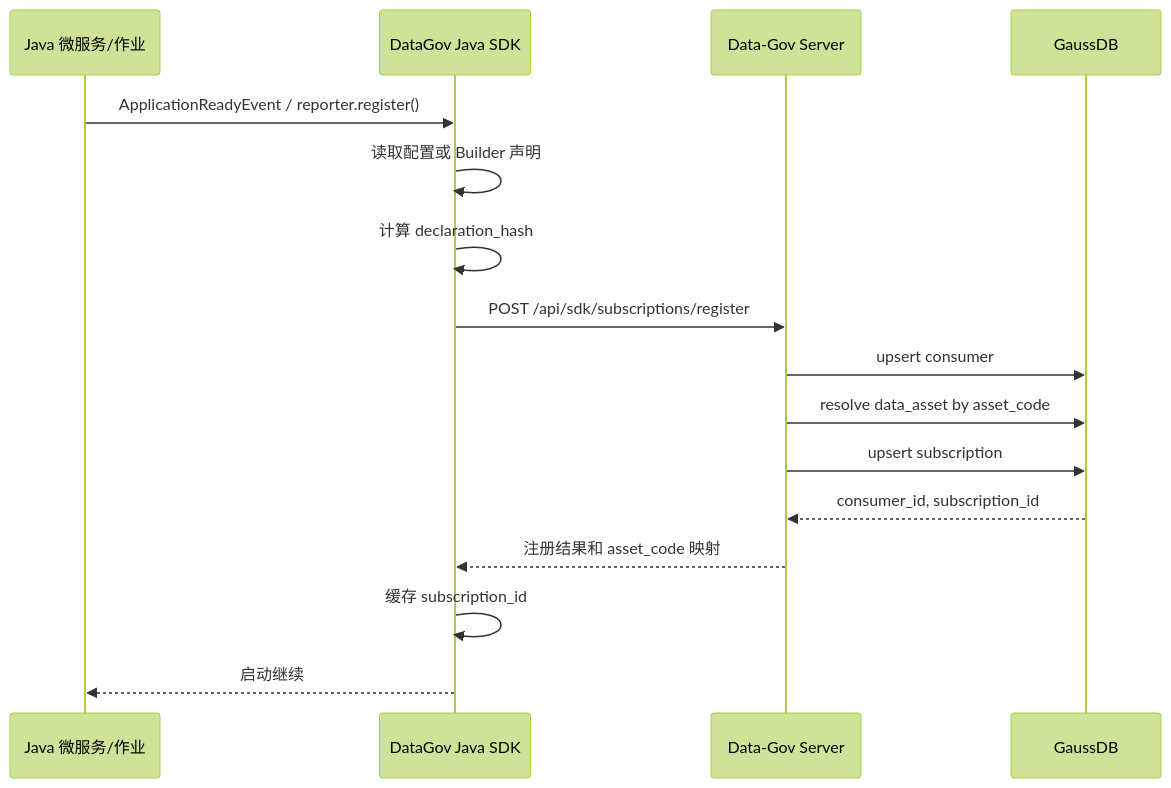
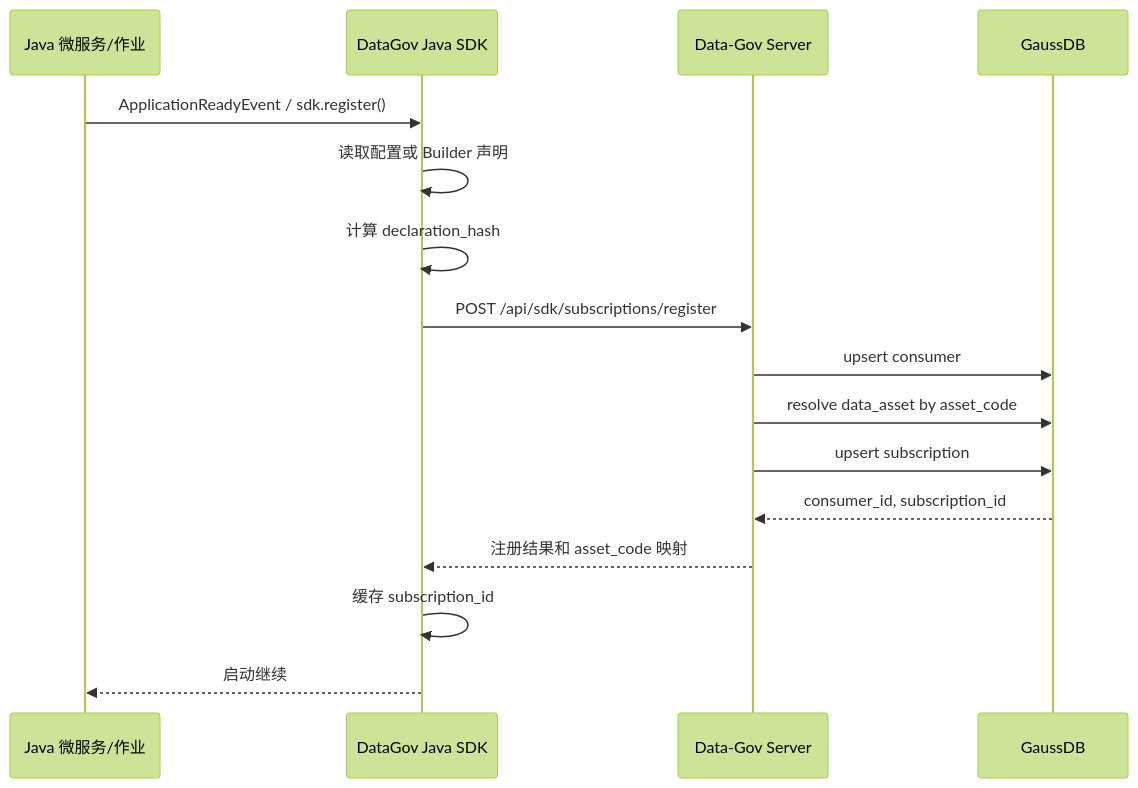
Before and after one commit to w00125533/data-gov: the fourth of 10 diagrams in docs/superpowers/specs/2026-06-10-data-product-governance-design.md, drawn with Mermaid (forest theme). The commit also changed other lines of this file, not shown here.

Commit message:
docs: revise sdk notification and job declaration design

````diff
--- a/docs/superpowers/specs/2026-06-10-data-product-governance-design.md
+++ b/docs/superpowers/specs/2026-06-10-data-product-governance-design.md
@@ -1042,19 +1015,19 @@
 ```mermaid
 sequenceDiagram
     participant App as Java 微服务/作业
     participant SDK as DataGov Java SDK
     participant Server as Data-Gov Server
     participant DB as GaussDB
 
-    App->>SDK: ApplicationReadyEvent / reporter.register()
+    App->>SDK: ApplicationReadyEvent / sdk.register()
     SDK->>SDK: 读取配置或 Builder 声明
     SDK->>SDK: 计算 declaration_hash
     SDK->>Server: POST /api/sdk/subscriptions/register
     Server->>DB: upsert consumer
     Server->>DB: resolve data_asset by asset_code
     Server->>DB: upsert subscription
     DB-->>Server: consumer_id, subscription_id
     Server-->>SDK: 注册结果和 asset_code 映射
     SDK->>SDK: 缓存 subscription_id
     SDK-->>App: 启动继续
 ```
````
